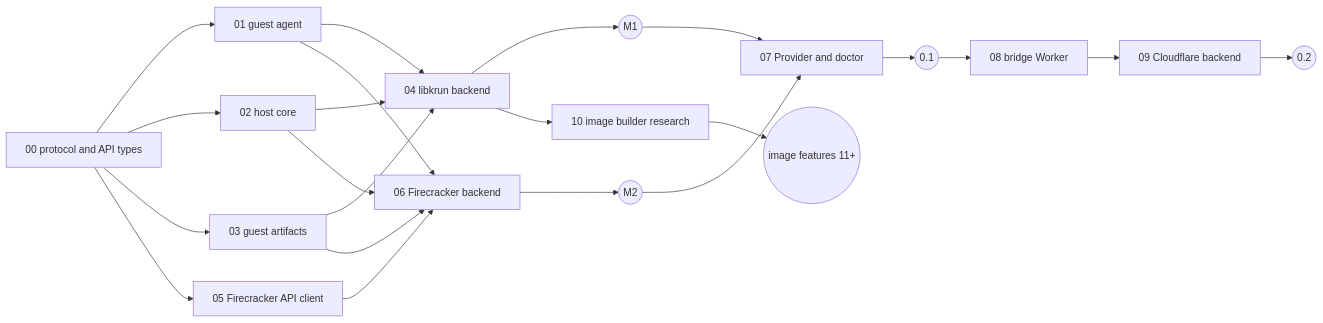
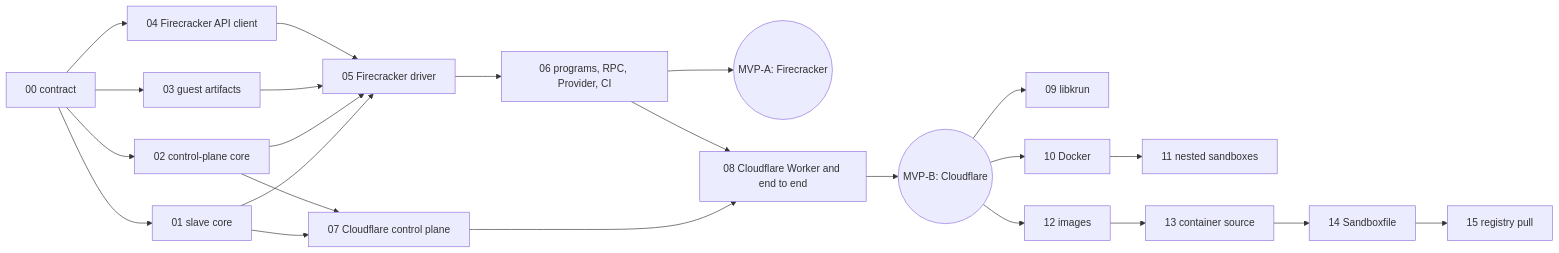
Before and after one commit to ewe-studios/ewe_platform: the second of 2 diagrams in specifications/77-foundation-platform-sandbox/requirements.md, drawn with Mermaid. The commit also changed other lines of this file and 12 other files, not shown here.

First line of the commit message:
Spec 77: control plane and slave over Connect RPC (work in progress)

````diff
--- a/specifications/77-foundation-platform-sandbox/requirements.md
+++ b/specifications/77-foundation-platform-sandbox/requirements.md
@@ -388,24 +353,22 @@
 ```mermaid
 graph LR
-  F00[00 protocol and API types] --> F01[01 guest agent]
-  F00 --> F02[02 host core]
+  F00[00 contract] --> F01[01 slave core]
+  F00 --> F02[02 control-plane core]
   F00 --> F03[03 guest artifacts]
-  F00 --> F05[05 Firecracker API client]
-  F01 --> F04[04 libkrun backend]
-  F02 --> F04
-  F03 --> F04
-  F04 --> M1((M1))
-  F02 --> F06[06 Firecracker backend]
-  F05 --> F06
-  F01 --> F06
-  F03 --> F06
-  F06 --> M2((M2))
-  M1 --> F07[07 Provider and doctor]
-  M2 --> F07
-  F07 --> V01((0.1))
-  V01 --> F08[08 bridge Worker]
-  F08 --> F09[09 Cloudflare backend]
-  F09 --> V02((0.2))
-  F04 --> F10[10 image builder research]
-  F10 --> IMG((image features 11+))
+  F00 --> F04[04 Firecracker API client]
+  F01 --> F05[05 Firecracker driver]
+  F02 --> F05
+  F03 --> F05
+  F04 --> F05
+  F05 --> F06[06 programs, RPC, Provider, CI]
+  F06 --> MA((MVP-A: Firecracker))
+  F01 --> F07[07 Cloudflare control plane]
+  F02 --> F07
+  F07 --> F08[08 Cloudflare Worker and end to end]
+  F06 --> F08
+  F08 --> MB((MVP-B: Cloudflare))
+  MB --> F09[09 libkrun]
+  MB --> F10[10 Docker]
+  F10 --> F11[11 nested sandboxes]
+  MB --> F12[12 images] --> F13[13 container source] --> F14[14 Sandboxfile] --> F15[15 registry pull]
 ```
````
